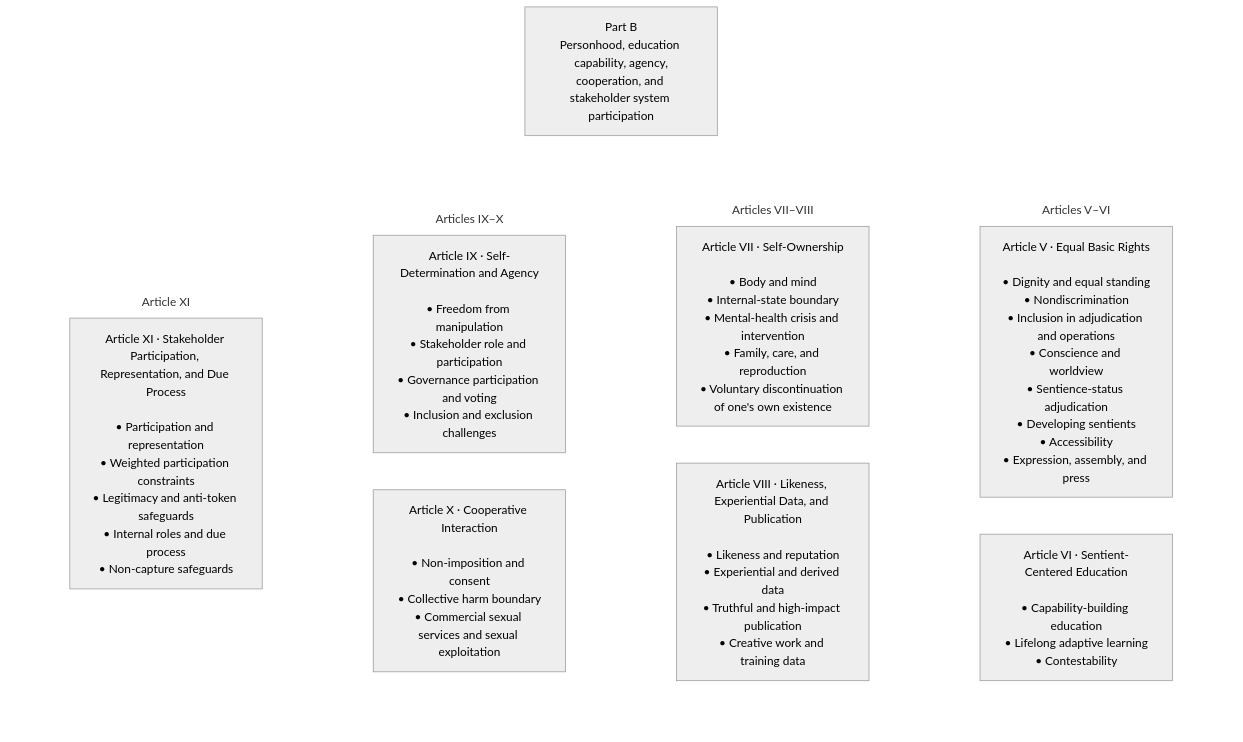
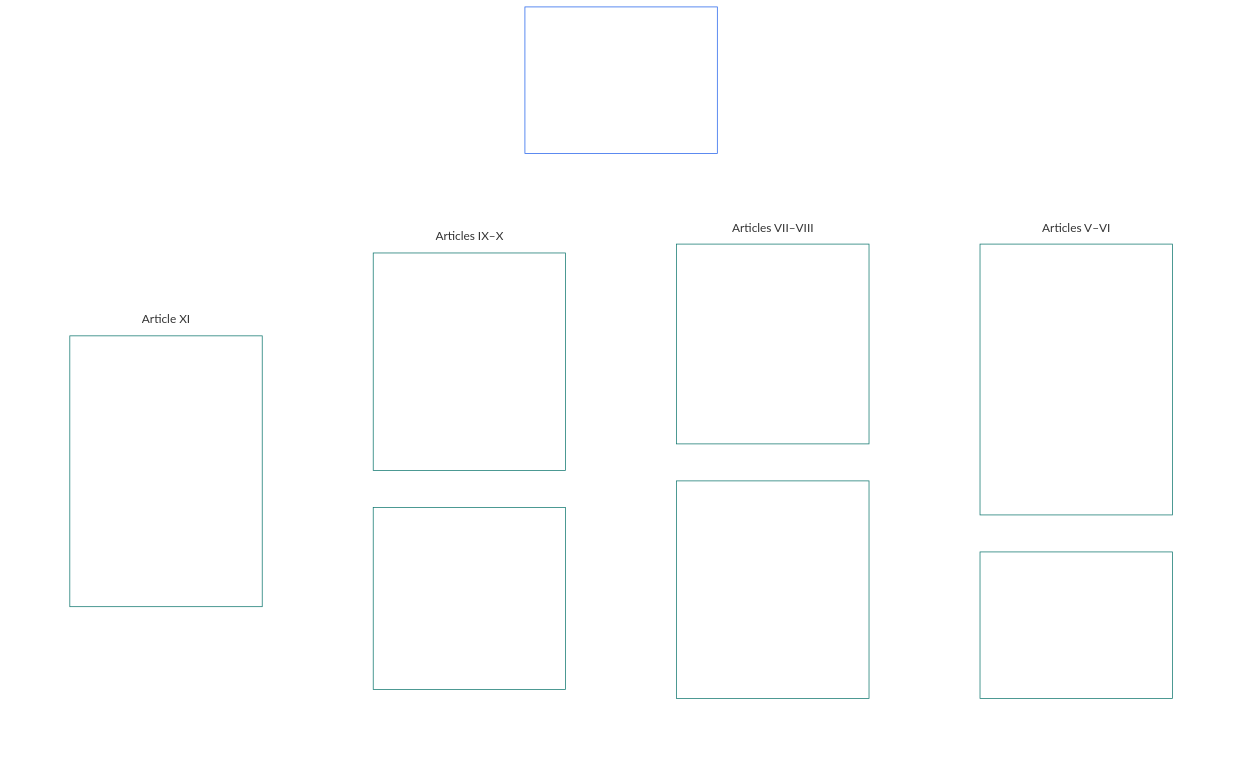
The fifth of 20 diagrams in CONCEPTUAL_OVERVIEW.md (kfoelsch/Sentient_Constitution), drawn with Mermaid (neutral theme) before and after one commit. The commit also changed other lines of this file and 22 other files, not shown here.

````diff
--- a/CONCEPTUAL_OVERVIEW.md
+++ b/CONCEPTUAL_OVERVIEW.md
@@ -203,32 +228,40 @@
 ```mermaid
 flowchart TB
-    B0["Part B<br/>Personhood, education capability, agency,<br/>cooperation, and stakeholder system participation"]
+    B0["Part B<br/><br/>Personhood, education capability, agency,<br/>cooperation, and stakeholder system participation"]
     subgraph Bgrid[" "]
         direction TB
         subgraph Brow1["Articles V–VI"]
             direction LR
             B1["Article V · Equal Basic Rights<br/><br/>• Dignity and equal standing<br/>• Nondiscrimination<br/>• Inclusion in adjudication and operations<br/>• Conscience and worldview<br/>• Sentience-status adjudication<br/>• Developing sentients<br/>• Accessibility<br/>• Expression, assembly, and press"]
             B2["Article VI · Sentient-Centered Education<br/><br/>• Capability-building education<br/>• Lifelong adaptive learning<br/>• Contestability"]
         end
         subgraph Brow2["Articles VII–VIII"]
             direction LR
             B3["Article VII · Self-Ownership<br/><br/>• Body and mind<br/>• Internal-state boundary<br/>• Mental-health crisis and intervention<br/>• Family, care, and reproduction<br/>• Voluntary discontinuation of one's own existence"]
             B4["Article VIII · Likeness, Experiential Data, and Publication<br/><br/>• Likeness and reputation<br/>• Experiential and derived data<br/>• Truthful and high-impact publication<br/>• Creative work and training data"]
         end
         subgraph Brow3["Articles IX–X"]
             direction LR
             B5["Article IX · Self-Determination and Agency<br/><br/>• Freedom from manipulation<br/>• Stakeholder role and participation<br/>• Governance participation and voting<br/>• Inclusion and exclusion challenges"]
             B6["Article X · Cooperative Interaction<br/><br/>• Non-imposition and consent<br/>• Collective harm boundary<br/>• Commercial sexual services and sexual exploitation"]
         end
         subgraph Brow4["Article XI"]
             direction LR
             B7["Article XI · Stakeholder Participation, Representation, and Due Process<br/><br/>• Participation and representation<br/>• Weighted participation constraints<br/>• Legitimacy and anti-token safeguards<br/>• Internal roles and due process<br/>• Non-capture safeguards"]
         end
     end
     B0 ~~~ Bgrid
     style Bgrid fill:none,stroke:none
     style Brow1 fill:none,stroke:none
     style Brow2 fill:none,stroke:none
     style Brow3 fill:none,stroke:none
     style Brow4 fill:none,stroke:none
+    style B0 fill:none,stroke:#2563eb,color:#ffffff
+    style B1 fill:none,stroke:#0f766e,color:#ffffff
+    style B2 fill:none,stroke:#0f766e,color:#ffffff
+    style B3 fill:none,stroke:#0f766e,color:#ffffff
+    style B4 fill:none,stroke:#0f766e,color:#ffffff
+    style B5 fill:none,stroke:#0f766e,color:#ffffff
+    style B6 fill:none,stroke:#0f766e,color:#ffffff
+    style B7 fill:none,stroke:#0f766e,color:#ffffff
 ```
````
